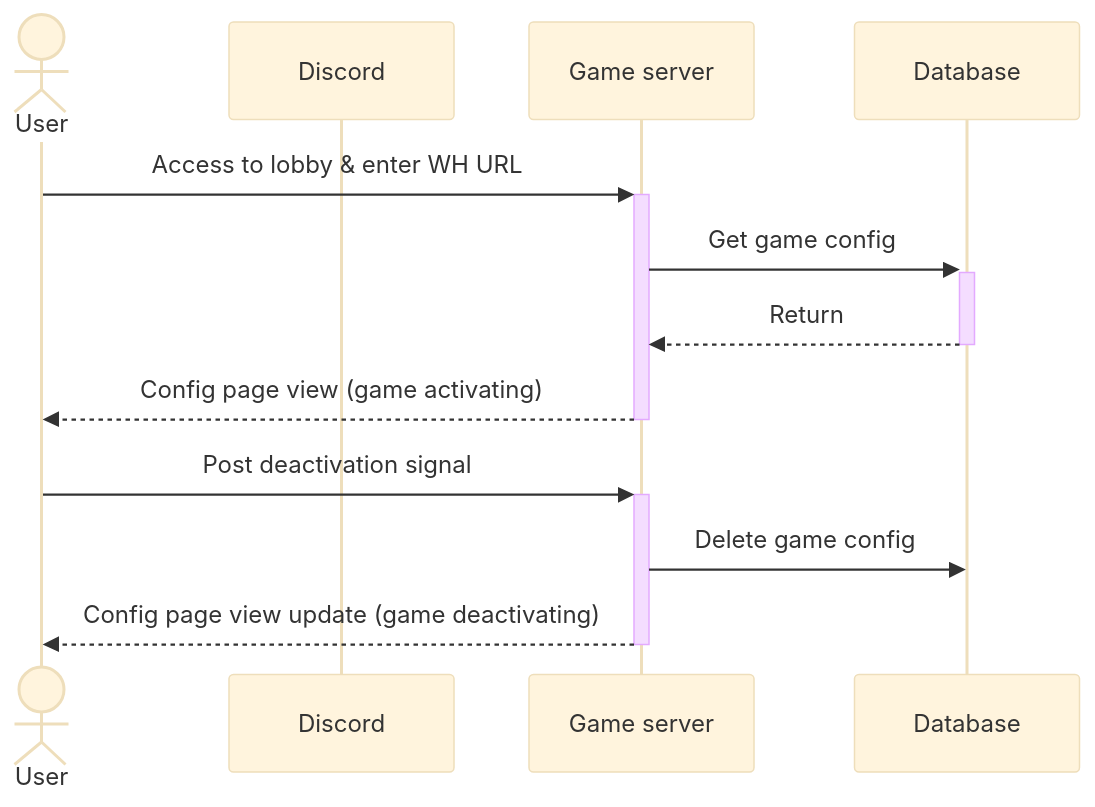
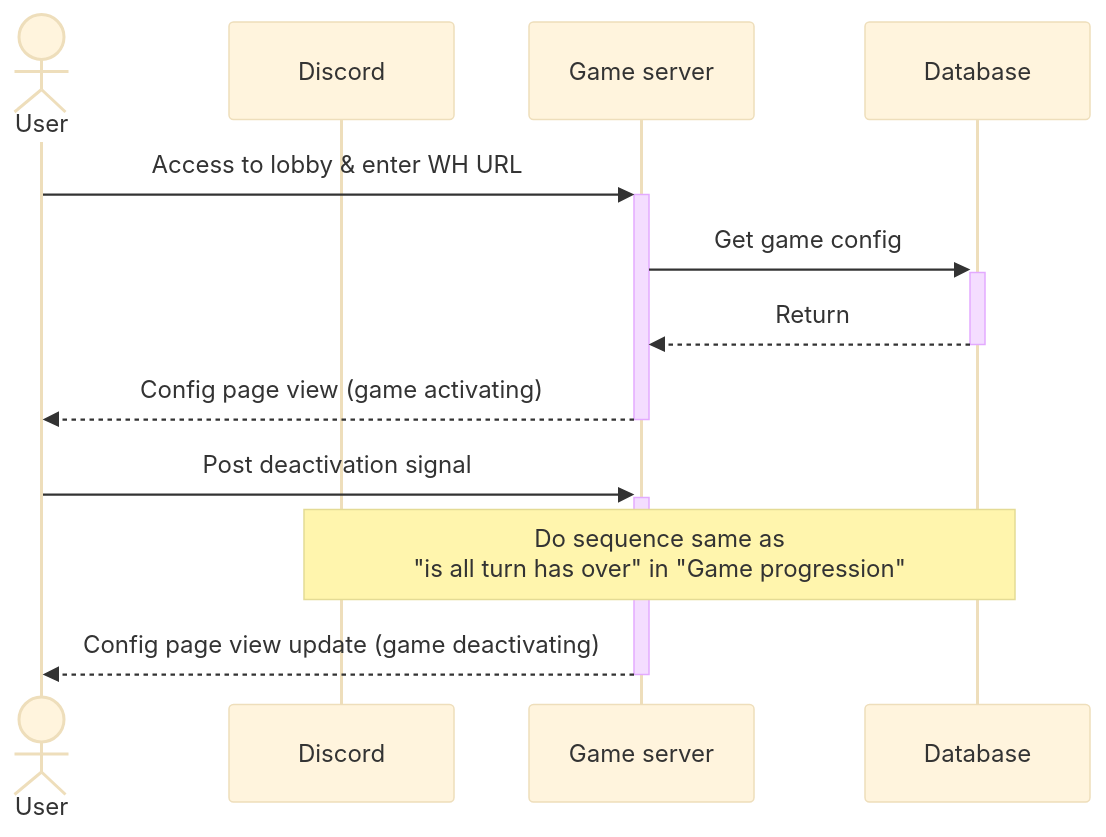
Before and after one commit to aKuad/async-gartic: the third of 3 diagrams in design/Sequence.md, drawn with Mermaid (base theme). The commit also changed other lines of this file, not shown here.

Commit message:
Sequence diagram updated

````diff
--- a/design/Sequence.md
+++ b/design/Sequence.md
@@ -74,16 +84,16 @@
 ```mermaid
 sequenceDiagram
   actor U as User
   participant DC as Discord
   participant G as Game server
   participant DB as Database
 
   U->>+G: Access to lobby & enter WH URL
   G->>+DB: Get game config
   DB-->>-G: Return
   G-->>-U: Config page view (game activating)
 
   U->>+G: Post deactivation signal
-  G->>DB: Delete game config
+  Note over DC, DB: Do sequence same as <br> "is all turn has over" in "Game progression"
   G-->>-U: Config page view update (game deactivating)
 ```
````
